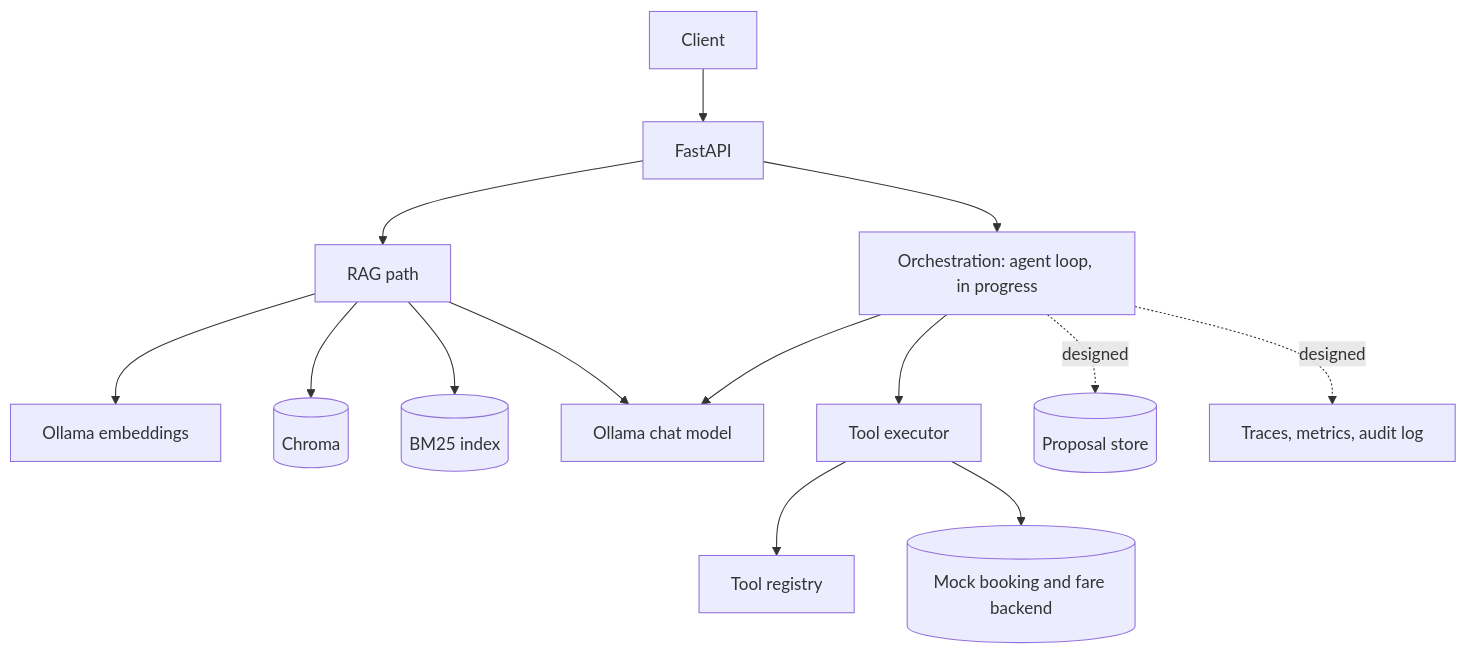
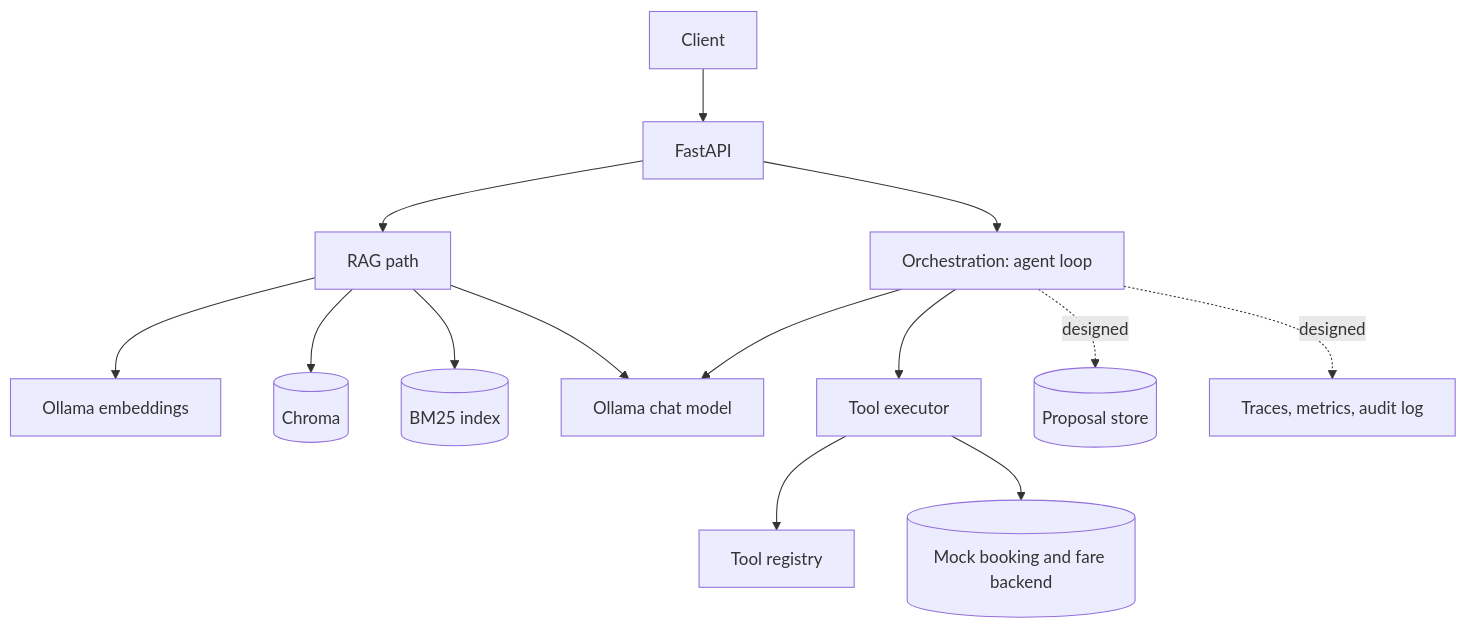
One commit to cyborg92/travel-rag changed the first of 4 diagrams in .github/docs/ARCHITECTURE.md. Above: the diagram before and after it, drawn with Mermaid. The commit also changed other lines of this file and 4 other files, not shown here.

````diff
--- a/.github/docs/ARCHITECTURE.md
+++ b/.github/docs/ARCHITECTURE.md
@@ -31,16 +31,16 @@
 ```mermaid
 flowchart TD
     U[Client] --> API[FastAPI]
     API --> RAG[RAG path]
-    API --> ORCH[Orchestration: agent loop, in progress]
+    API --> ORCH[Orchestration: agent loop]
     RAG --> EMB[Ollama embeddings]
     RAG --> VDB[(Chroma)]
     RAG --> BM[(BM25 index)]
     RAG --> LLM[Ollama chat model]
     ORCH --> LLM
     ORCH --> EXE[Tool executor]
     EXE --> REG[Tool registry]
     EXE --> MOCK[(Mock booking and fare backend)]
     ORCH -.designed.-> PROP[(Proposal store)]
     ORCH -.designed.-> OBS[Traces, metrics, audit log]
 ```
````
